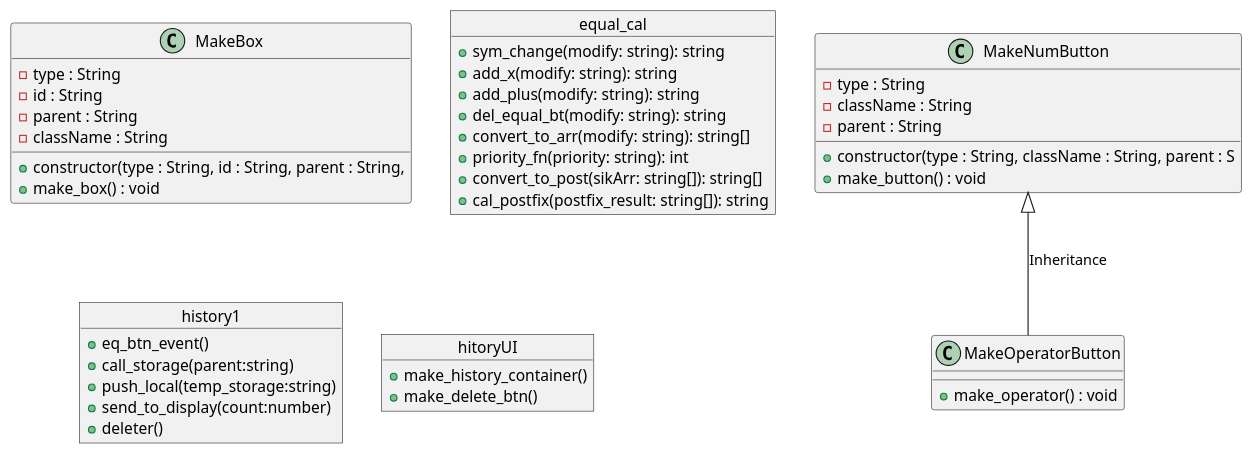
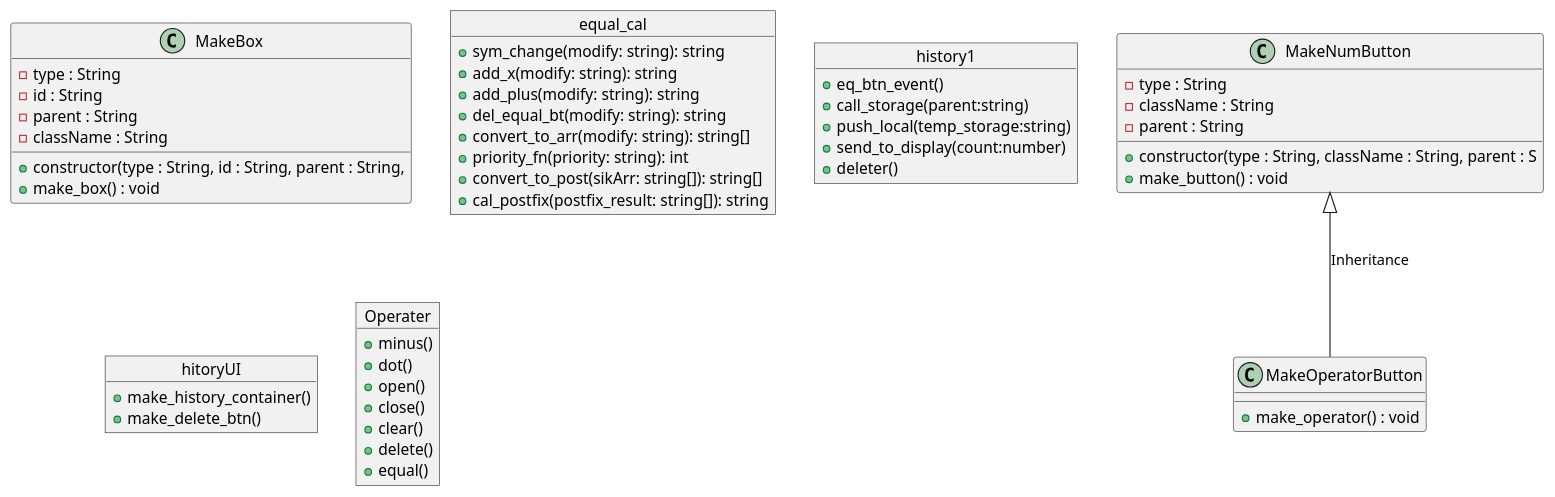
Before and after one commit to LeDahye/git_group: the diagram in jihoon/uml.wsd, drawn with PlantUML.

```diff
--- a/jihoon/uml.wsd
+++ b/jihoon/uml.wsd
@@ -1,47 +1,57 @@
 @startuml
 class MakeBox {
 -type : String
 -id : String
 -parent : String
 -className : String
 
 +constructor(type : String, id : String, parent : String, 
 +make_box() : void
 }
 class MakeNumButton {
 -type : String
 -className : String
 -parent : String
 
 +constructor(type : String, className : String, parent : S
 +make_button() : void
 }
 class MakeOperatorButton {
 +make_operator() : void
 }
 MakeNumButton <|-- MakeOperatorButton : Inheritance
 object equal_cal {
 +sym_change(modify: string): string
 +add_x(modify: string): string
 +add_plus(modify: string): string
 +del_equal_bt(modify: string): string
 +convert_to_arr(modify: string): string[]
 +priority_fn(priority: string): int
 +convert_to_post(sikArr: string[]): string[]
 +cal_postfix(postfix_result: string[]): string
 }
 
 object history1 {
 +eq_btn_event()
 +call_storage(parent:string)
 +push_local(temp_storage:string)
 +send_to_display(count:number)
 +deleter()
 }
 
 object hitoryUI{
 +make_history_container()
 +make_delete_btn()
 }
 
+object Operater{
+    +minus()
+    +dot()
+    +open()
+    +close()
+    +clear()
+    +delete()
+    +equal()
+}
+
 @enduml
```
